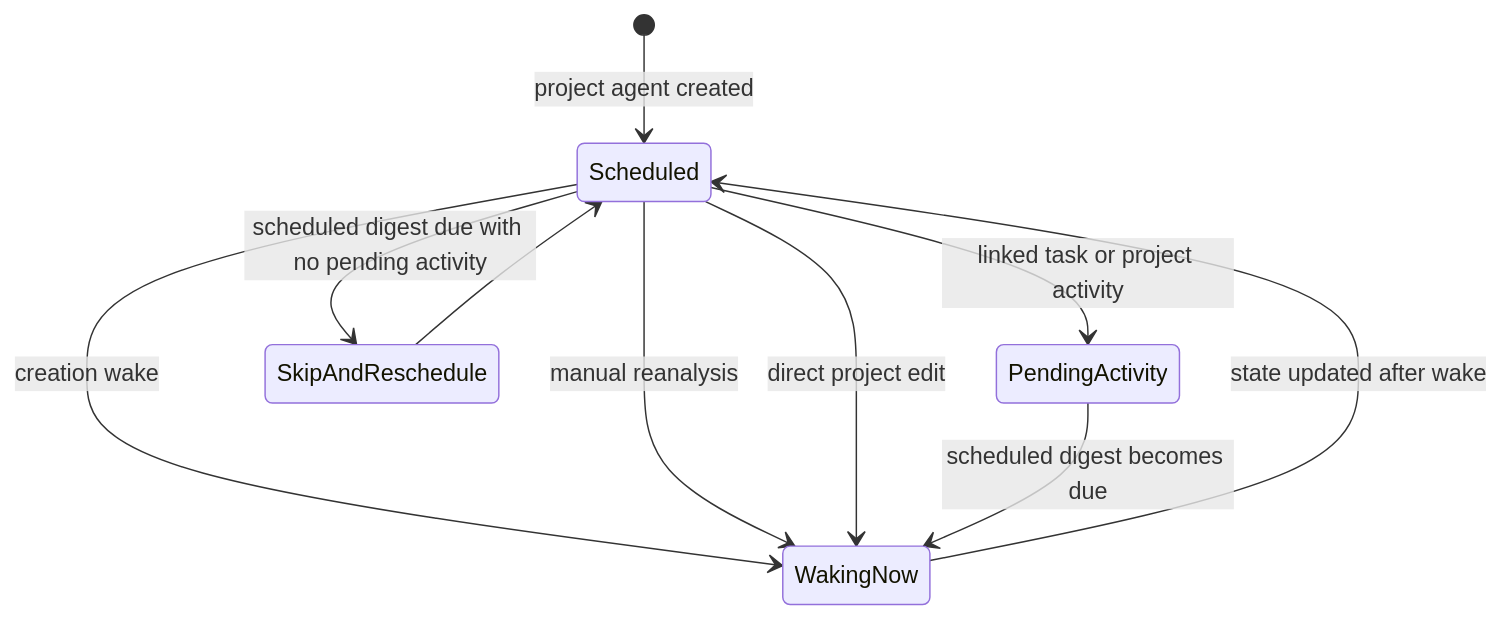
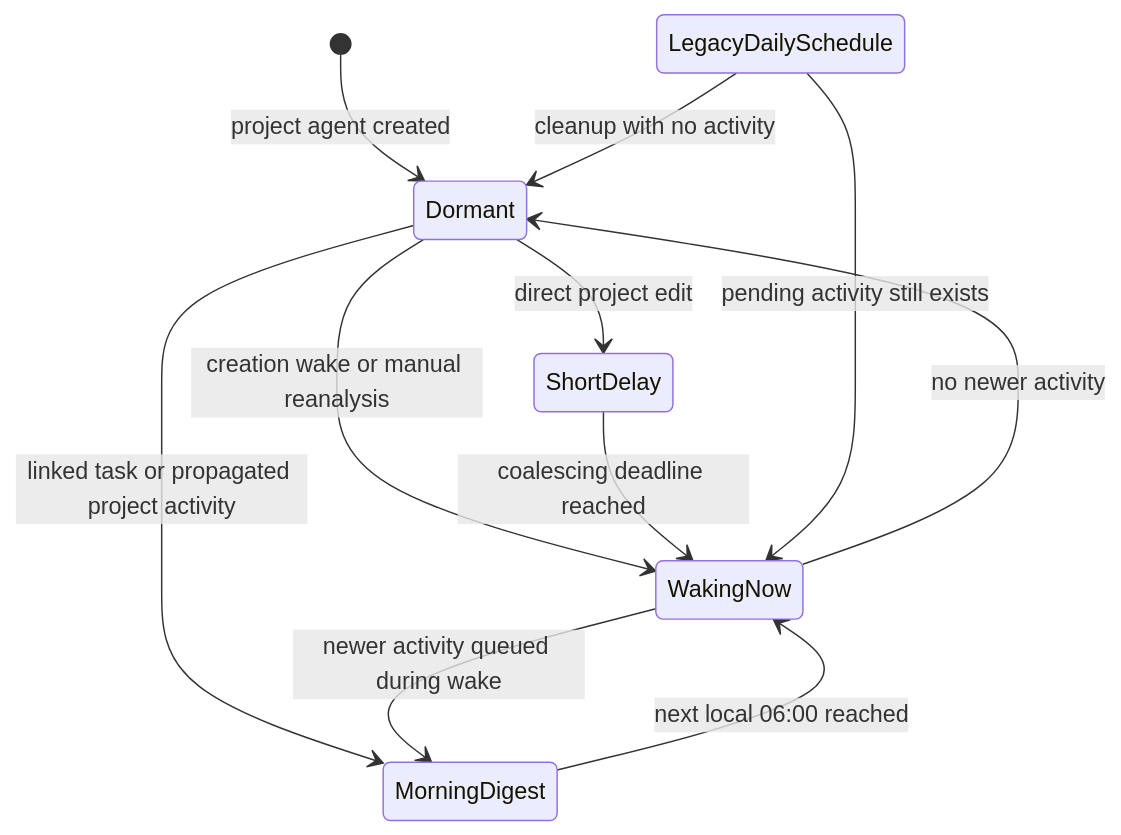
The first of 2 diagrams in knowledge/features/agents/project-and-event-agents.md (matthiasn/lotti), drawn with Mermaid before and after one commit. The commit also changed other lines of this file and 13 other files, not shown here.

Commit message:
fix: stop empty project agent wakes

````diff
--- a/knowledge/features/agents/project-and-event-agents.md
+++ b/knowledge/features/agents/project-and-event-agents.md
@@ -82,12 +81,13 @@
 ```mermaid
 stateDiagram-v2
-  [*] --> Scheduled: project agent created
-  Scheduled --> WakingNow: creation wake
-  Scheduled --> WakingNow: manual reanalysis
-  Scheduled --> WakingNow: direct project edit
-  Scheduled --> PendingActivity: linked task or project activity
-  PendingActivity --> WakingNow: scheduled digest becomes due
-  Scheduled --> SkipAndReschedule: scheduled digest due with no pending activity
-  SkipAndReschedule --> Scheduled
-  WakingNow --> Scheduled: state updated after wake
+  [*] --> Dormant: project agent created
+  Dormant --> WakingNow: creation wake or manual reanalysis
+  Dormant --> ShortDelay: direct project edit
+  Dormant --> MorningDigest: linked task or propagated project activity
+  ShortDelay --> WakingNow: coalescing deadline reached
+  MorningDigest --> WakingNow: next local 06:00 reached
+  WakingNow --> Dormant: no newer activity
+  WakingNow --> MorningDigest: newer activity queued during wake
+  LegacyDailySchedule --> Dormant: cleanup with no activity
+  LegacyDailySchedule --> WakingNow: pending activity still exists
 ```
````
